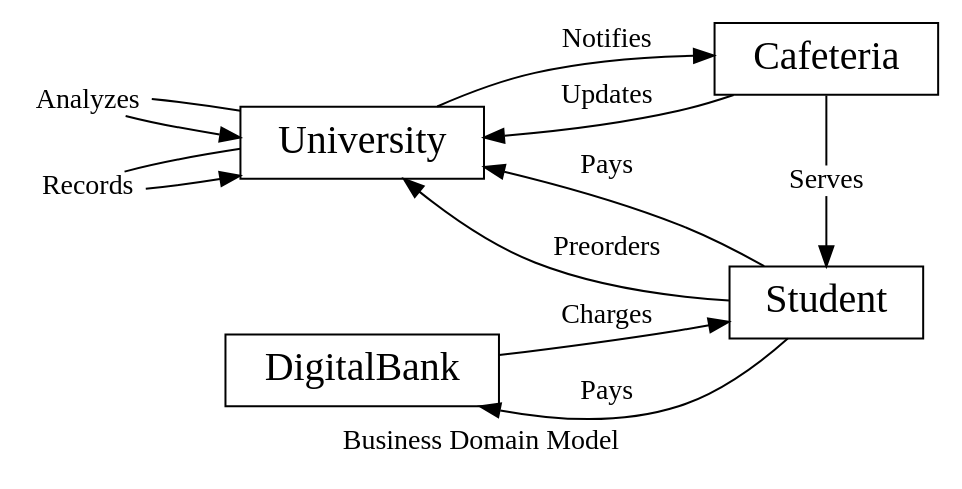
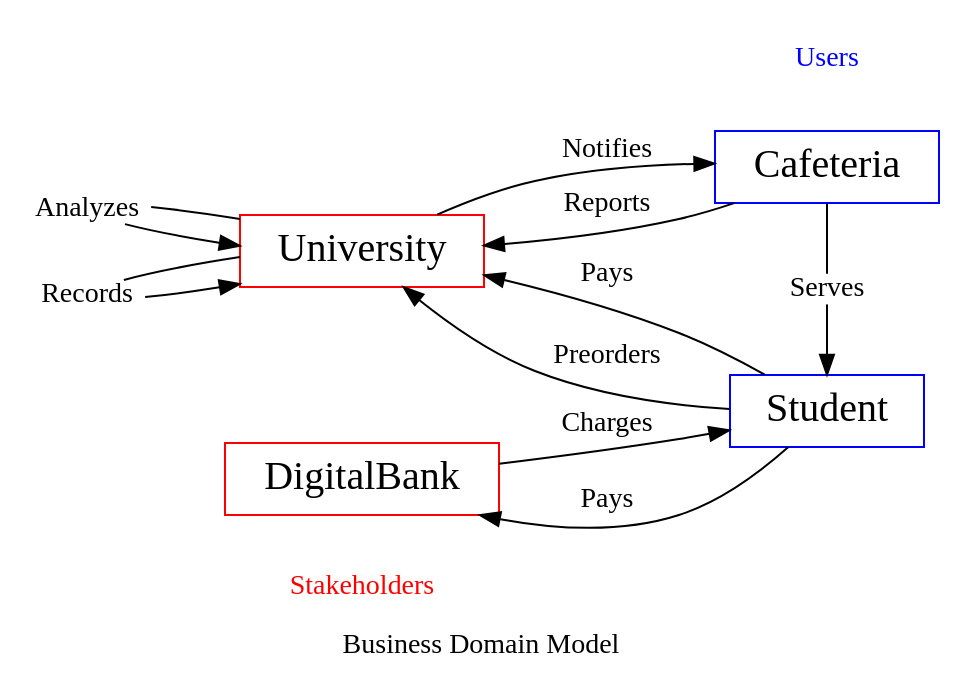
The diagram in res/business_domain.dot (gebrek/sod-rev), drawn with Graphviz before and after one commit. The commit also changed 12 other files, not shown here.

```diff
--- a/res/business_domain.dot
+++ b/res/business_domain.dot
@@ -1,41 +1,44 @@
 digraph BznsDmn {
 	label="Business Domain Model"
 	rankdir=LR;
 	newrank=true;
-	node [fontsize= 20 shape=box]
-	// Stakeholders
+
+	node [fontsize=20 shape=box]
+
+	node [color=red]
+	Stakeholders [fontsize=14 fontcolor=red shape=plaintext];
 	University;
 	DigitalBank;
-	// Users
+
+	node [color=blue]
+	Users [fontsize=14 fontcolor=blue shape=plaintext];
 	Cafeteria;
 	Student;
 
 	edge [fontsize=14]
 	University->Cafeteria	[label="Notifies"];
-
 	Student->University	[label="Pays"];
 	Student->DigitalBank	[label="Pays"];
 	Student->University	[label="Preorders"];
 	DigitalBank->Student	[label="Charges"];
-
-	// Cafeteria->Student		[label="Serves"];
-	Cafeteria->University 	[label="Updates"];
+	Cafeteria->University 	[label="Reports"];
 
 	// Proxy actions
 	node [fontsize=14 shape=plaintext height=0 margin=0]
 	Analyzes;
 	Records;
 	Serves;
 	edge [dir=both arrowtail=none arrowhead=none]
 	University->Records;
 	University->Analyzes;
 	Cafeteria->Serves;
 	edge [arrowhead=normal arrowtail=none]
 	Records->University;
 	Analyzes->University;
 	Serves->Student;
 
 	{rank=min Analyzes, Records}
-	{rank=same University, DigitalBank}
-	{rank=same Student, Cafeteria, Serves}
+	{rank=same Stakeholders, University, DigitalBank}
+	{rank=same Users, Student, Cafeteria, Serves, Users}
+
 }
```
